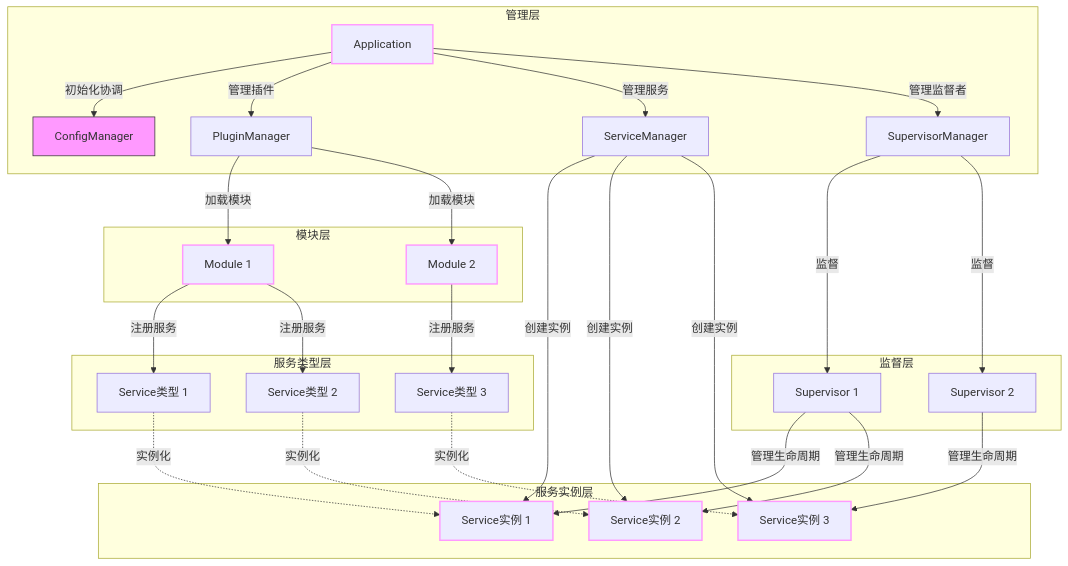
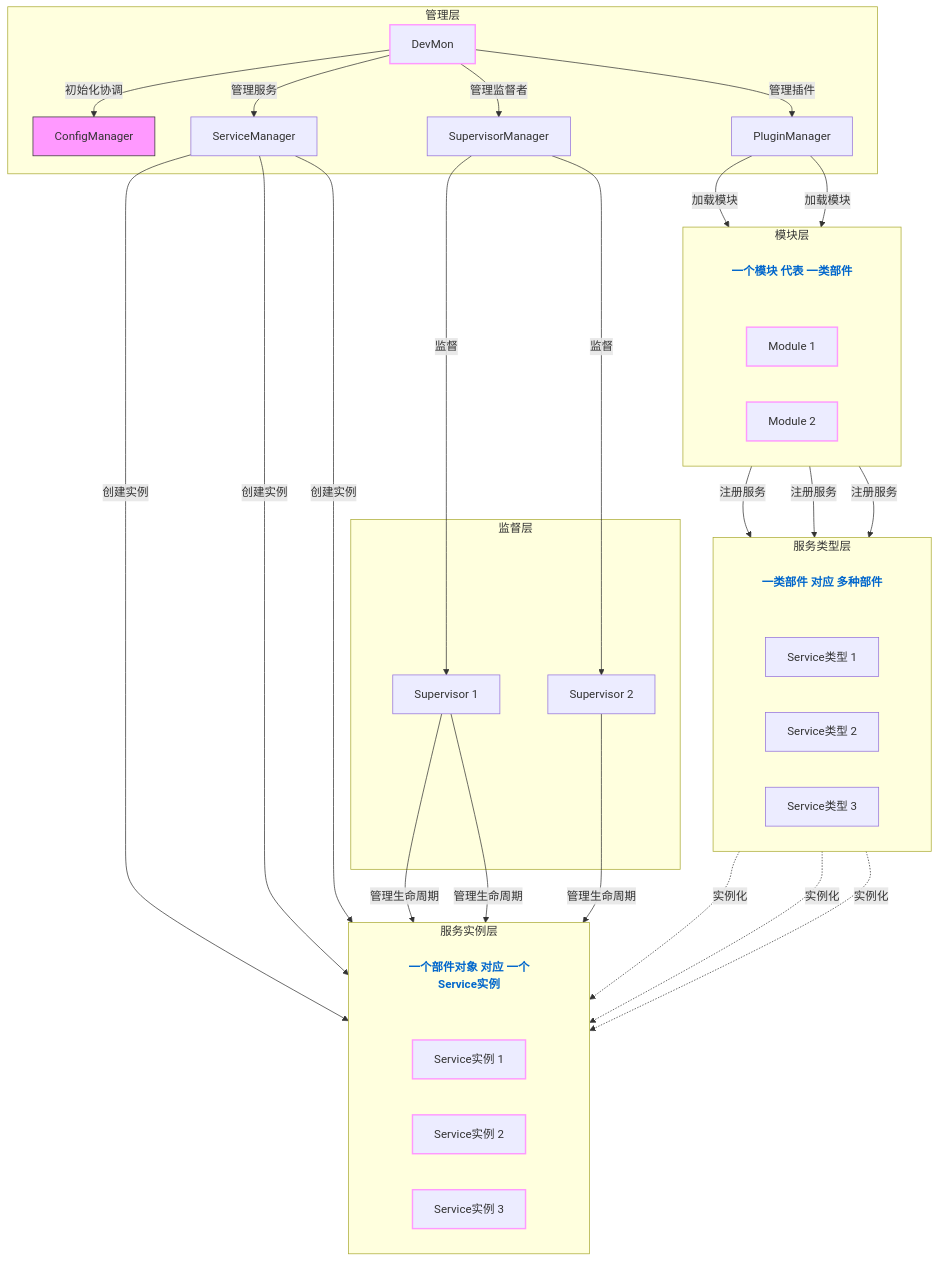
Before and after one commit to RobertJYang/libmcpp: the second of 2 diagrams in docs/1.overview.md, drawn with Mermaid. The commit also changed other lines of this file and 1 other file, not shown here.

Commit message:
文档

````diff
--- a/docs/1.overview.md
+++ b/docs/1.overview.md
@@ -196,70 +198,77 @@
 ```mermaid
 flowchart TD
     %% 使用子图来减少直接连线
     subgraph Management [管理层]
-        App[Application]
+        App[DevMon]
         CM[ConfigManager]
         PM[PluginManager]
         SM[ServiceManager]
         SUM[SupervisorManager]
         
         App -->|初始化协调| CM
         App -->|管理插件| PM
         App -->|管理服务| SM
         App -->|管理监督者| SUM
     end
     
-    subgraph Modules [模块层]
+    subgraph ModulesLayer["模块层"]
+        direction LR
+        ModuleDesc["一个模块 代表 一类部件"]:::description
         Module1[Module 1]
         Module2[Module 2]
         
         PM -->|加载模块| Module1
         PM -->|加载模块| Module2
     end
     
     subgraph ServiceTypes [服务类型层]
+        direction LR
+        ModuleDesc2["一类部件 对应 多种部件"]:::description
         Service1[Service类型 1]
         Service2[Service类型 2]
         Service3[Service类型 3]
         
         Module1 -->|注册服务| Service1
         Module1 -->|注册服务| Service2
         Module2 -->|注册服务| Service3
     end
     
     subgraph Instances [服务实例层]
+        direction LR
+        ModuleDesc3["一个部件对象 对应 一个Service实例"]:::description
         SI1[Service实例 1]
         SI2[Service实例 2]
         SI3[Service实例 3]
         
         SM -->|创建实例| SI1
         SM -->|创建实例| SI2
         SM -->|创建实例| SI3
         
         %% 显示类型与实例的关系
         Service1 -.->|实例化| SI1
         Service2 -.->|实例化| SI2
         Service3 -.->|实例化| SI3
     end
     
     subgraph Supervision [监督层]
         Supervisor1[Supervisor 1]
         Supervisor2[Supervisor 2]
         
         SUM -->|监督| Supervisor1
         SUM -->|监督| Supervisor2
         
         Supervisor1 -->|管理生命周期| SI1
         Supervisor1 -->|管理生命周期| SI2
         Supervisor2 -->|管理生命周期| SI3
     end
     
     %% 配置关系通过颜色标记而非直接连线
     style CM fill:#f9f,stroke:#333,stroke-width:1px
     style App stroke:#f9f,stroke-width:2px
     style Module1 stroke:#f9f,stroke-width:2px
     style Module2 stroke:#f9f,stroke-width:2px
     style SI1 stroke:#f9f,stroke-width:2px
     style SI2 stroke:#f9f,stroke-width:2px
     style SI3 stroke:#f9f,stroke-width:2px
+    classDef description fill:none,stroke:none,color:#0066cc,font-weight:bold
 ```
````
